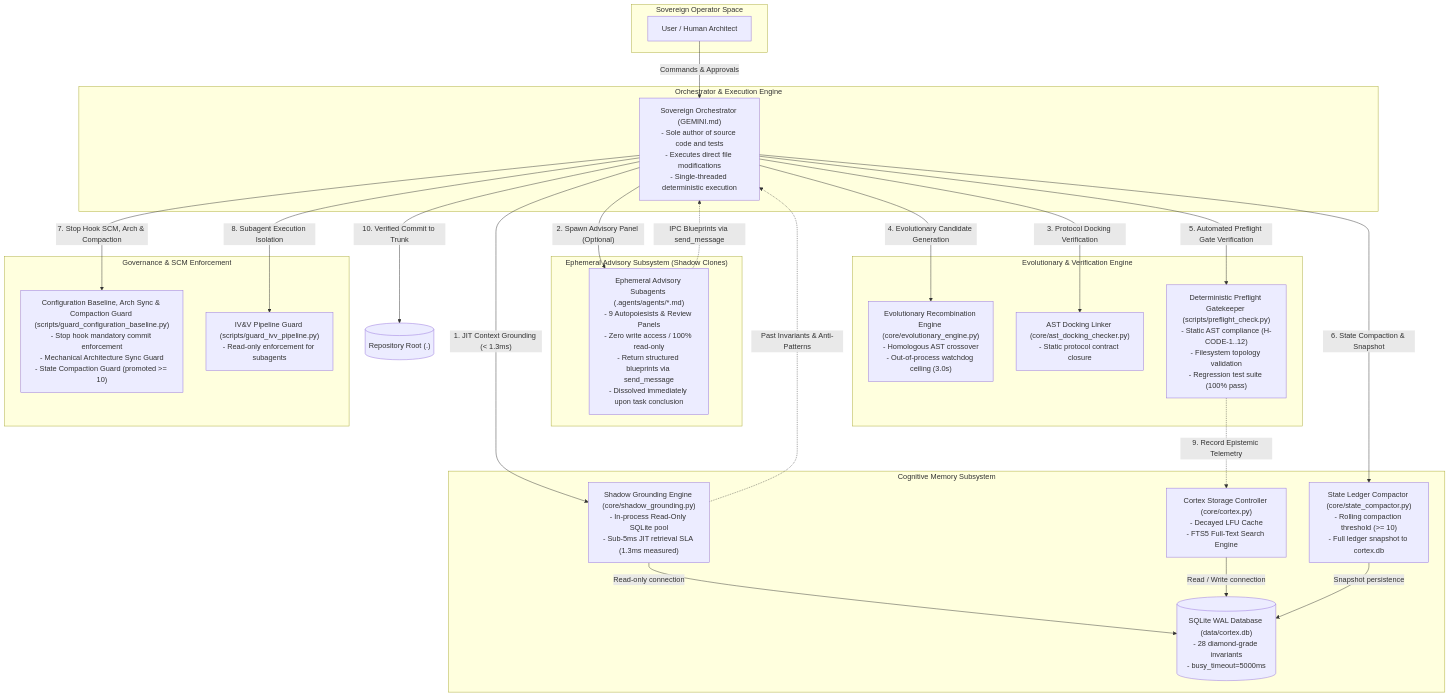
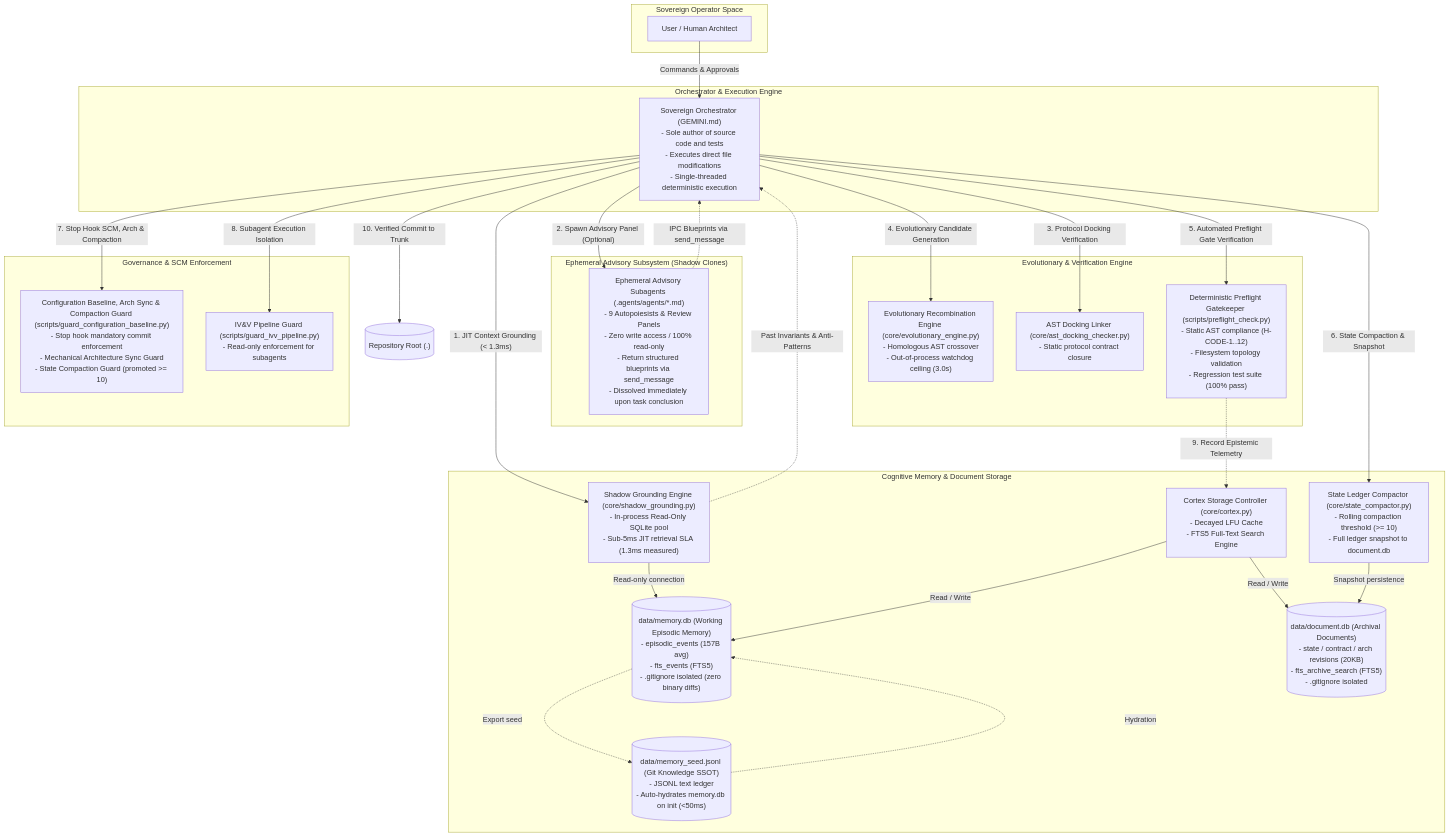
Before and after one commit to jinseobhong/antigravity-autopoiesis: the first of 3 diagrams in docs/active/ARCHITECTURE.md, drawn with Mermaid. The commit also changed other lines of this file and 11 other files, not shown here.

Commit message:
feat(cortex): implement memory and document physical segregation with seed hydration (TASK-037)

```diff
--- a/docs/active/ARCHITECTURE.md
+++ b/docs/active/ARCHITECTURE.md
@@ -41,22 +41,34 @@
 - Single-threaded deterministic execution"]
     end
 
-    subgraph MemorySubsystem["Cognitive Memory Subsystem"]
+    subgraph MemorySubsystem["Cognitive Memory & Document Storage"]
         ShadowGrounding["Shadow Grounding Engine (core/shadow_grounding.py)
 - In-process Read-Only SQLite pool
 - Sub-5ms JIT retrieval SLA (1.3ms measured)"]
         Cortex["Cortex Storage Controller (core/cortex.py)
 - Decayed LFU Cache
 - FTS5 Full-Text Search Engine"]
-        CortexDB[("SQLite WAL Database (data/cortex.db)
-- 28 diamond-grade invariants
-- busy_timeout=5000ms")]
+        MemoryDB[("data/memory.db (Working Episodic Memory)
+- episodic_events (157B avg)
+- fts_events (FTS5)
+- .gitignore isolated (zero binary diffs)")]
+        DocumentDB[("data/document.db (Archival Documents)
+- state / contract / arch revisions (20KB)
+- fts_archive_search (FTS5)
+- .gitignore isolated")]
+        MemorySeed[("data/memory_seed.jsonl (Git Knowledge SSOT)
+- JSONL text ledger
+- Auto-hydrates memory.db on init (<50ms)")]
         StateCompactor["State Ledger Compactor (core/state_compactor.py)
 - Rolling compaction threshold (>= 10)
-- Full ledger snapshot to cortex.db"]
-        ShadowGrounding -->|"Read-only connection"| CortexDB
-        Cortex -->|"Read / Write connection"| CortexDB
-        StateCompactor -->|"Snapshot persistence"| CortexDB
+- Full ledger snapshot to document.db"]
+
+        ShadowGrounding -->|"Read-only connection"| MemoryDB
+        Cortex -->|"Read / Write"| MemoryDB
+        Cortex -->|"Read / Write"| DocumentDB
+        MemorySeed -.->|"Hydration"| MemoryDB
+        MemoryDB -.->|"Export seed"| MemorySeed
+        StateCompactor -->|"Snapshot persistence"| DocumentDB
     end
 
     subgraph AdvisorySubsystem["Ephemeral Advisory Subsystem (Shadow Clones)"]
```
